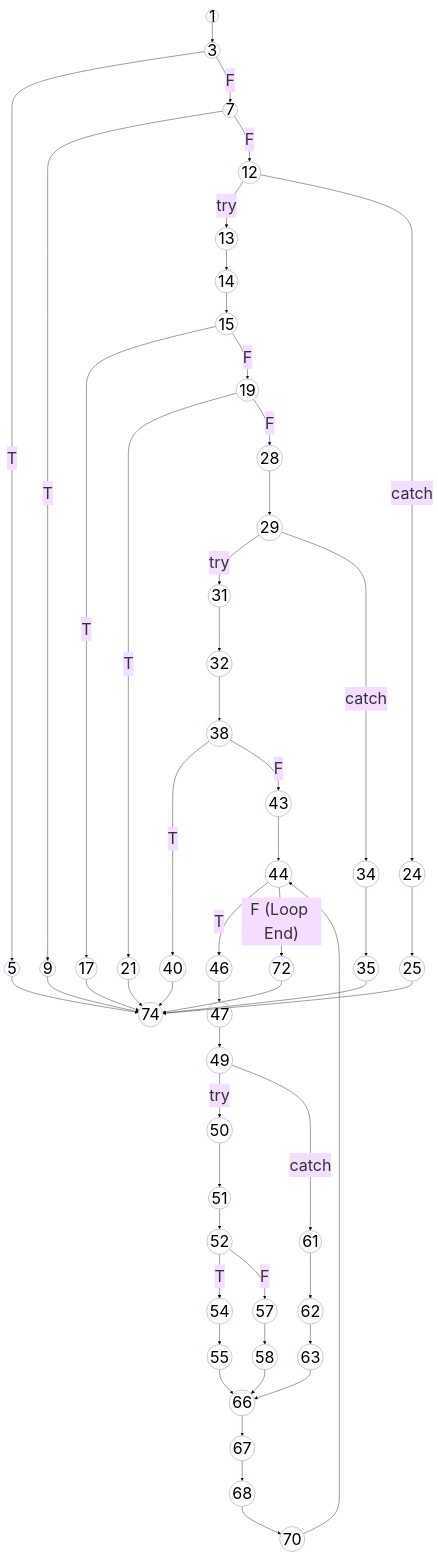
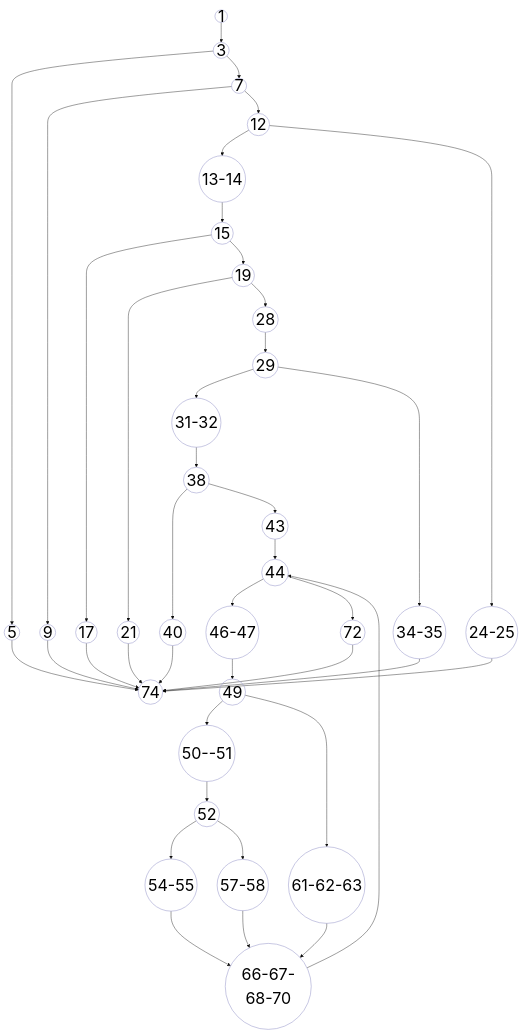
One commit to aryanhrc3428/Semester-5 changed the diagram in SE/ideathon/pseudocode/flowcharts/UC-08.mmd. Above: the diagram before and after it, drawn with Mermaid. The commit also changed 46 other files, not shown here.

```diff
--- a/SE/ideathon/pseudocode/flowcharts/UC-08.mmd
+++ b/SE/ideathon/pseudocode/flowcharts/UC-08.mmd
@@ -1,87 +1,72 @@
 ---
 config:
   theme: base
   themeVariables:
     fontSize: '40px'
 ---
 graph TD
     %% Base styling matching the reference CFG style
     classDef default fill:none,stroke:#a3a3d1,stroke-width:1.5px,color:#000;
     
     1((1)) --> 3((3))
     
-    3 -- T --> 5((5))
-    3 -- F --> 7((7))
+    3 --> 5((5))
+    3 --> 7((7))
     
-    7 -- T --> 9((9))
-    7 -- F --> 12((12))
+    7 --> 9((9))
+    7 --> 12((12))
     
-    12 -- try --> 13((13))
-    12 -- catch --> 24((24))
+    12 --> 13-14((13-14))
+    12 --> 24-25((24-25))
     
-    13 --> 14((14))
-    14 --> 15((15))
+    13-14 --> 15((15))
     
-    15 -- T --> 17((17))
-    15 -- F --> 19((19))
+    15 --> 17((17))
+    15 --> 19((19))
     
-    19 -- T --> 21((21))
-    19 -- F --> 28((28))
+    19 --> 21((21))
+    19 --> 28((28))
     
-    24 --> 25((25))
     
     28 --> 29((29))
     
-    29 -- try --> 31((31))
-    29 -- catch --> 34((34))
+    29 --> 31-32((31-32))
+    29 --> 34-35((34-35))
     
-    31 --> 32((32))
-    32 --> 38((38))
+    31-32 --> 38((38))
     
-    34 --> 35((35))
-    
-    38 -- T --> 40((40))
-    38 -- F --> 43((43))
+    38 --> 40((40))
+    38 --> 43((43))
     
     43 --> 44((44))
     
-    44 -- T --> 46((46))
-    44 -- F (Loop End) --> 72((72))
+    44 --> 46-47((46-47))
+    44 --> 72((72))
     
-    46 --> 47((47))
-    47 --> 49((49))
+    46-47 --> 49((49))
     
-    49 -- try --> 50((50))
-    49 -- catch --> 61((61))
+    49 --> 50-51((50--51))
+    49 --> 61-62-63((61-62-63))
     
-    50 --> 51((51))
-    51 --> 52((52))
+    50-51 --> 52((52))
     
-    52 -- T --> 54((54))
-    52 -- F --> 57((57))
+    52 --> 54-55((54-55))
+    52 --> 57-58((57-58))
     
-    54 --> 55((55))
-    55 --> 66((66))
+    54-55 --> 66-67-68-70((66-67-68-70))
     
-    57 --> 58((58))
-    58 --> 66
+    57-58 --> 66-67-68-70
     
-    61 --> 62((62))
-    62 --> 63((63))
-    63 --> 66
+    61-62-63 --> 66-67-68-70
     
-    66 --> 67((67))
-    67 --> 68((68))
-    68 --> 70((70))
-    
-    70 --> 44
+    66-67-68-70 --> 44
     
     %% Terminal error returns and catches syncing to the final end node (74)
     5 --> 74((74))
     9 --> 74
     17 --> 74
     21 --> 74
-    25 --> 74
-    35 --> 74
+    24-25 --> 74
+    34-35 --> 74
     40 --> 74
     72 --> 74
```
